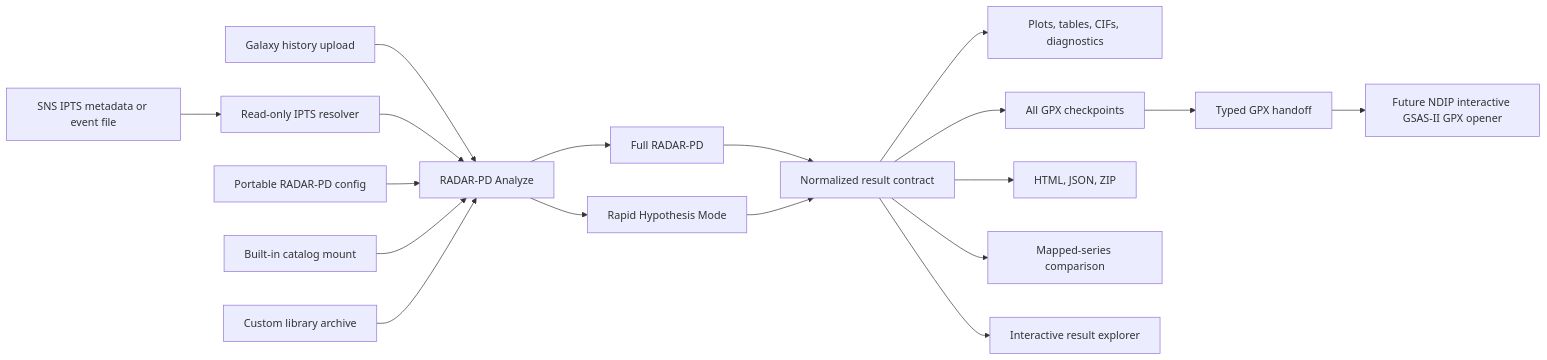
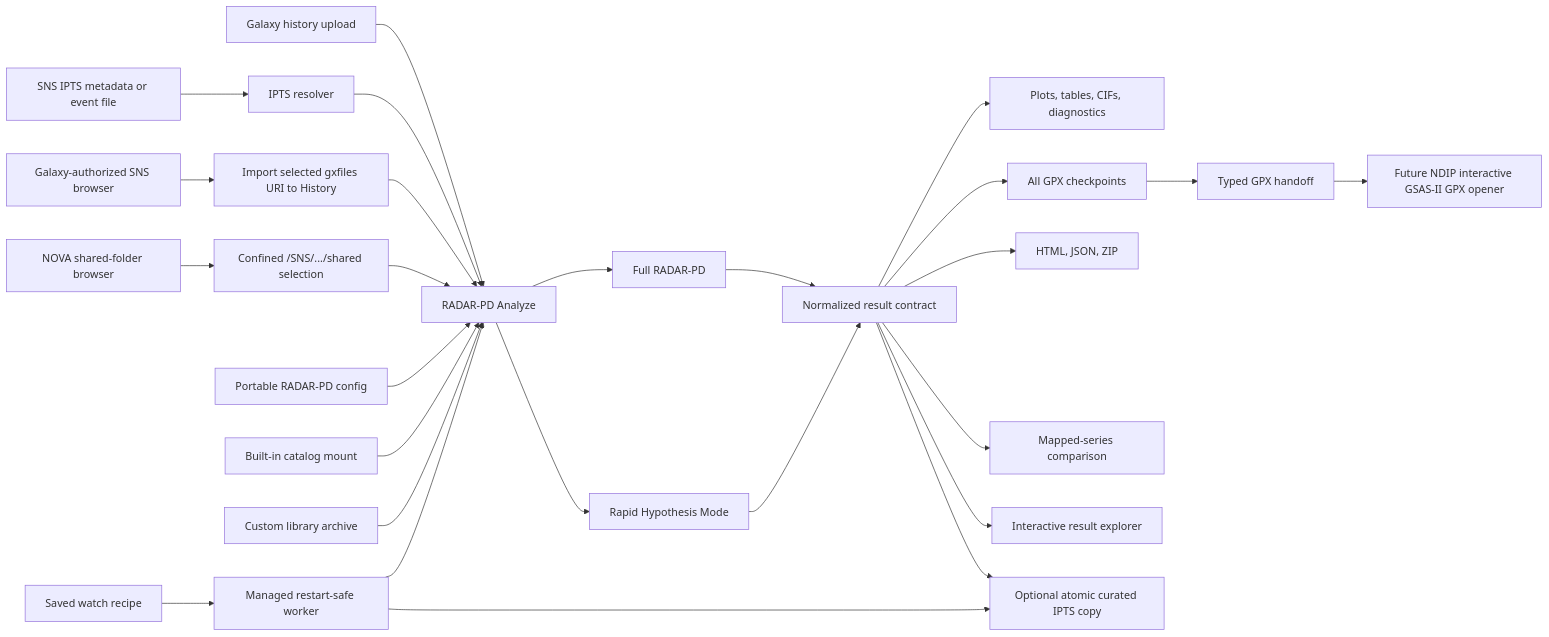
One commit to LalitYadav07/Impurity_detection_GSAS_ver6 changed the diagram in docs/ndip_integration.md. Above: the diagram before and after it, drawn with Mermaid. The commit also changed other lines of this file and 21 other files, not shown here.

````diff
--- a/docs/ndip_integration.md
+++ b/docs/ndip_integration.md
@@ -11,20 +15,28 @@
 ```mermaid
 flowchart LR
     A["Galaxy history upload"] --> D["RADAR-PD Analyze"]
-    B["SNS IPTS metadata or event file"] --> C["Read-only IPTS resolver"]
+    B["SNS IPTS metadata or event file"] --> C["IPTS resolver"]
+    B1["Galaxy-authorized SNS browser"] --> C1["Import selected gxfiles URI to History"]
+    B2["NOVA shared-folder browser"] --> C2["Confined /SNS/.../shared selection"]
     C --> D
+    C1 --> D
+    C2 --> D
     E["Portable RADAR-PD config"] --> D
     F["Built-in catalog mount"] --> D
     G["Custom library archive"] --> D
     D --> H["Full RADAR-PD"]
     D --> I["Rapid Hypothesis Mode"]
     H --> J["Normalized result contract"]
     I --> J
     J --> K["Plots, tables, CIFs, diagnostics"]
     J --> L["All GPX checkpoints"]
     J --> M["HTML, JSON, ZIP"]
     J --> N["Mapped-series comparison"]
     J --> O["Interactive result explorer"]
     L --> P["Typed GPX handoff"]
     P --> Q["Future NDIP interactive GSAS-II GPX opener"]
+    J --> R["Optional atomic curated IPTS copy"]
+    S["Saved watch recipe"] --> T["Managed restart-safe worker"]
+    T --> D
+    T --> R
 ```
````
